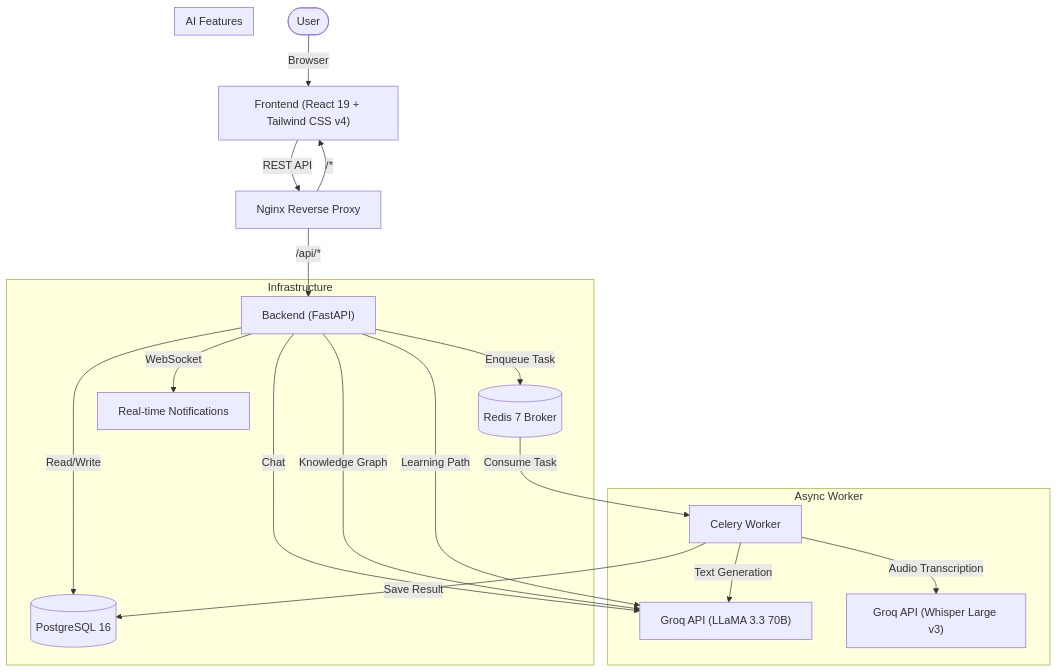
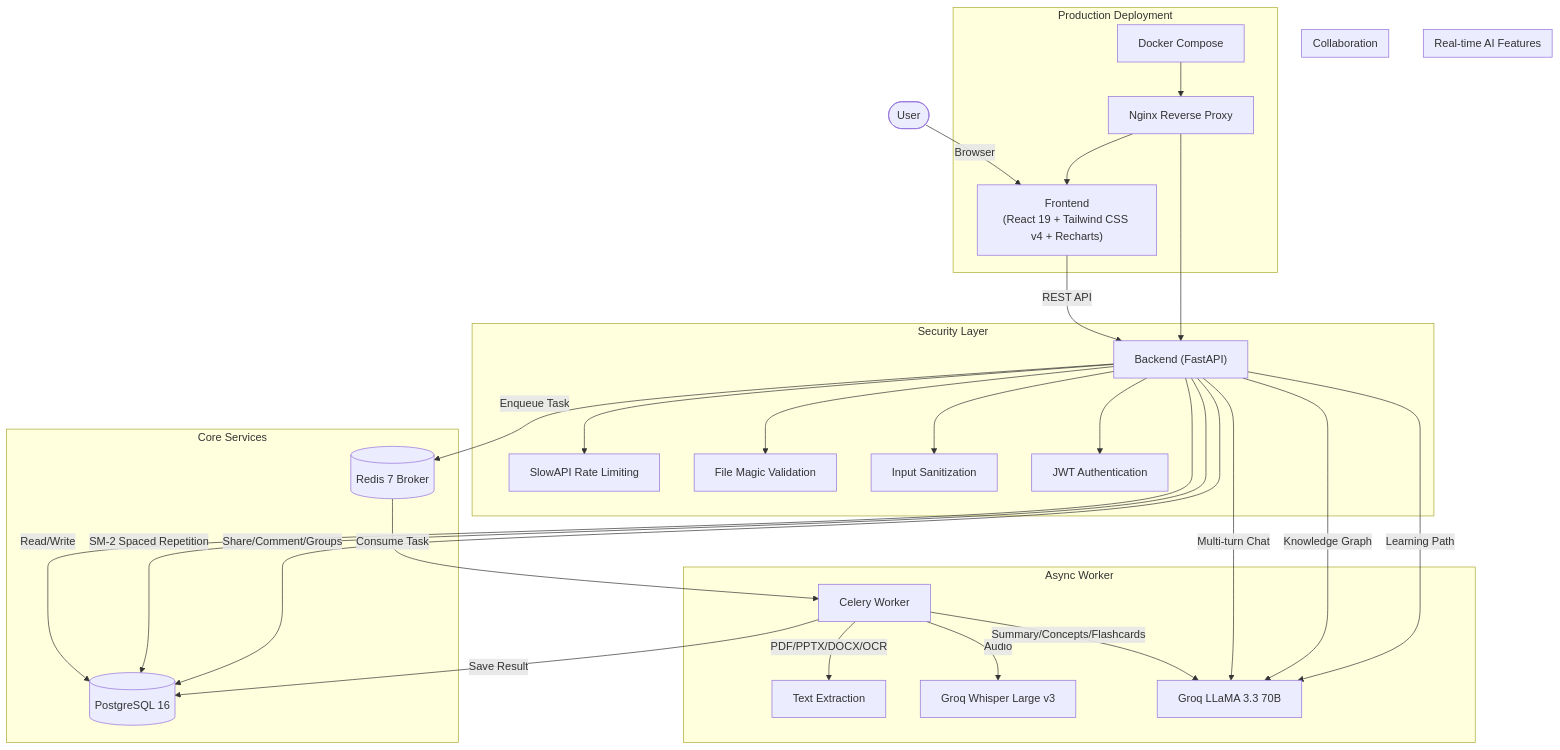
Before and after one commit to cz2112/ai-: the diagram in README.md, drawn with Mermaid.

````diff
--- a/README.md
+++ b/README.md
@@ -43,26 +43,42 @@
 ```mermaid
 graph TD
-    User([User]) -->|Browser| Client["Frontend (React 19 + Tailwind CSS v4)"]
-    Client -->|REST API| Nginx["Nginx Reverse Proxy"]
-    Nginx -->|/api/*| API["Backend (FastAPI)"]
-    Nginx -->|/*| Client
+    User([User]) -->|Browser| Client["Frontend<br/>(React 19 + Tailwind CSS v4 + Recharts)"]
+    Client -->|REST API| API["Backend (FastAPI)"]
 
-    subgraph Infrastructure
+    subgraph Security["Security Layer"]
+        API --> RateLimit["SlowAPI Rate Limiting"]
+        API --> FileValid["File Magic Validation"]
+        API --> Sanitize["Input Sanitization"]
+        API --> JWT["JWT Authentication"]
+    end
+
+    subgraph Core["Core Services"]
         API -->|Read/Write| DB[(PostgreSQL 16)]
         API -->|Enqueue Task| Redis[(Redis 7 Broker)]
-        API -->|WebSocket| WS[Real-time Notifications]
     end
 
-    subgraph Async Worker
+    subgraph AsyncWorker["Async Worker"]
         Redis -->|Consume Task| Worker[Celery Worker]
-        Worker -->|Text Generation| Groq["Groq API (LLaMA 3.3 70B)"]
-        Worker -->|Audio Transcription| Whisper["Groq API (Whisper Large v3)"]
+        Worker -->|PDF/PPTX/DOCX/OCR| Extract[Text Extraction]
+        Worker -->|Audio| Whisper["Groq Whisper Large v3"]
+        Worker -->|Summary/Concepts/Flashcards| Groq["Groq LLaMA 3.3 70B"]
         Worker -->|Save Result| DB
     end
 
-    subgraph AI Features
-        API -->|Chat| Groq
+    subgraph AIFeatures["Real-time AI Features"]
+        API -->|Multi-turn Chat| Groq
         API -->|Knowledge Graph| Groq
         API -->|Learning Path| Groq
+        API -->|SM-2 Spaced Repetition| DB
+    end
+
+    subgraph Collaboration["Collaboration"]
+        API -->|Share/Comment/Groups| DB
+    end
+
+    subgraph Deploy["Production Deployment"]
+        Nginx["Nginx Reverse Proxy"] --> API
+        Nginx --> Client
+        Docker["Docker Compose"] --> Nginx
     end
 ```
````
